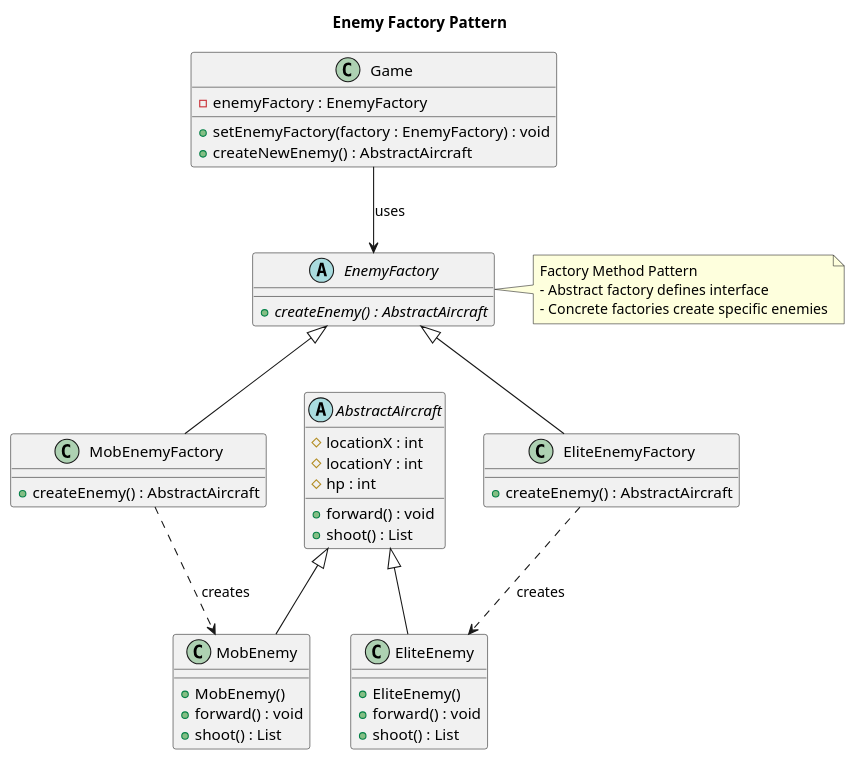
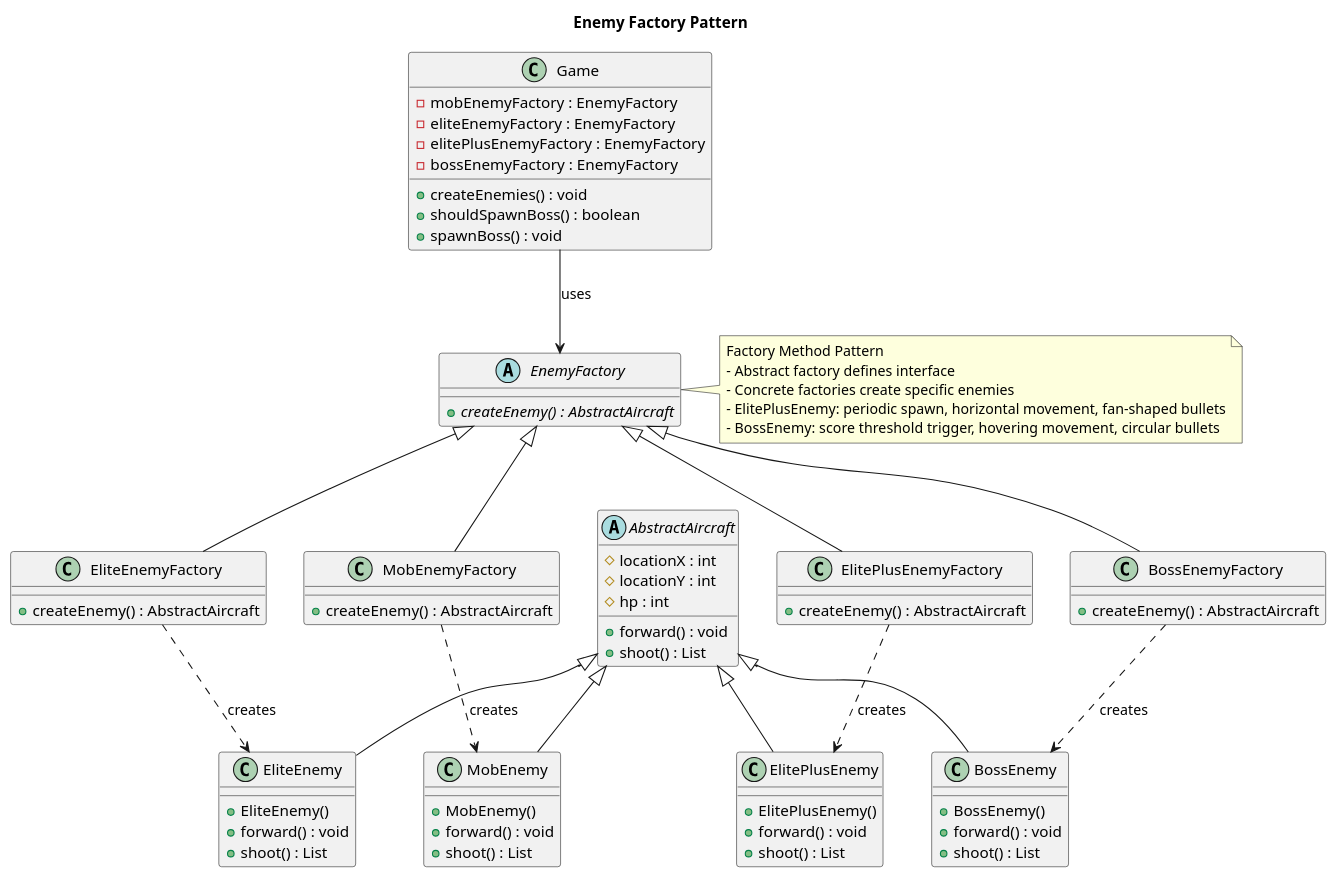
One commit to Sakurawin/Fly_boom changed the diagram in uml/EnemyFactory.puml. Above: the diagram before and after it, drawn with PlantUML. The commit also changed 11 other files, not shown here.

```diff
--- a/uml/EnemyFactory.puml
+++ b/uml/EnemyFactory.puml
@@ -1,56 +1,88 @@
 @startuml EnemyFactory
 title Enemy Factory Pattern
 
 abstract class AbstractAircraft {
   #locationX : int
   #locationY : int
   #hp : int
   +forward() : void
   +shoot() : List
 }
 
 class MobEnemy {
   +MobEnemy()
   +forward() : void
   +shoot() : List
 }
 
 class EliteEnemy {
   +EliteEnemy()
   +forward() : void
   +shoot() : List
 }
 
 abstract class EnemyFactory {
   +{abstract} createEnemy() : AbstractAircraft
 }
 
 class MobEnemyFactory {
   +createEnemy() : AbstractAircraft
 }
 
 class EliteEnemyFactory {
   +createEnemy() : AbstractAircraft
 }
 
+class ElitePlusEnemy {
+  +ElitePlusEnemy()
+  +forward() : void
+  +shoot() : List
+}
+
+class ElitePlusEnemyFactory {
+  +createEnemy() : AbstractAircraft
+}
+
+class BossEnemy {
+  +BossEnemy()
+  +forward() : void
+  +shoot() : List
+}
+
+class BossEnemyFactory {
+  +createEnemy() : AbstractAircraft
+}
+
 class Game {
-  -enemyFactory : EnemyFactory
-  +setEnemyFactory(factory : EnemyFactory) : void
-  +createNewEnemy() : AbstractAircraft
+  -mobEnemyFactory : EnemyFactory
+  -eliteEnemyFactory : EnemyFactory
+  -elitePlusEnemyFactory : EnemyFactory
+  -bossEnemyFactory : EnemyFactory
+  +createEnemies() : void
+  +shouldSpawnBoss() : boolean
+  +spawnBoss() : void
 }
 
 AbstractAircraft <|-- MobEnemy
 AbstractAircraft <|-- EliteEnemy
+AbstractAircraft <|-- ElitePlusEnemy
+AbstractAircraft <|-- BossEnemy
 EnemyFactory <|-- MobEnemyFactory
 EnemyFactory <|-- EliteEnemyFactory
+EnemyFactory <|-- ElitePlusEnemyFactory
+EnemyFactory <|-- BossEnemyFactory
 MobEnemyFactory ..> MobEnemy : creates
 EliteEnemyFactory ..> EliteEnemy : creates
+ElitePlusEnemyFactory ..> ElitePlusEnemy : creates
+BossEnemyFactory ..> BossEnemy : creates
 Game --> EnemyFactory : uses
 
 note right of EnemyFactory
 Factory Method Pattern
 - Abstract factory defines interface
 - Concrete factories create specific enemies
+- ElitePlusEnemy: periodic spawn, horizontal movement, fan-shaped bullets
+- BossEnemy: score threshold trigger, hovering movement, circular bullets
 end note
 
 @enduml
```
